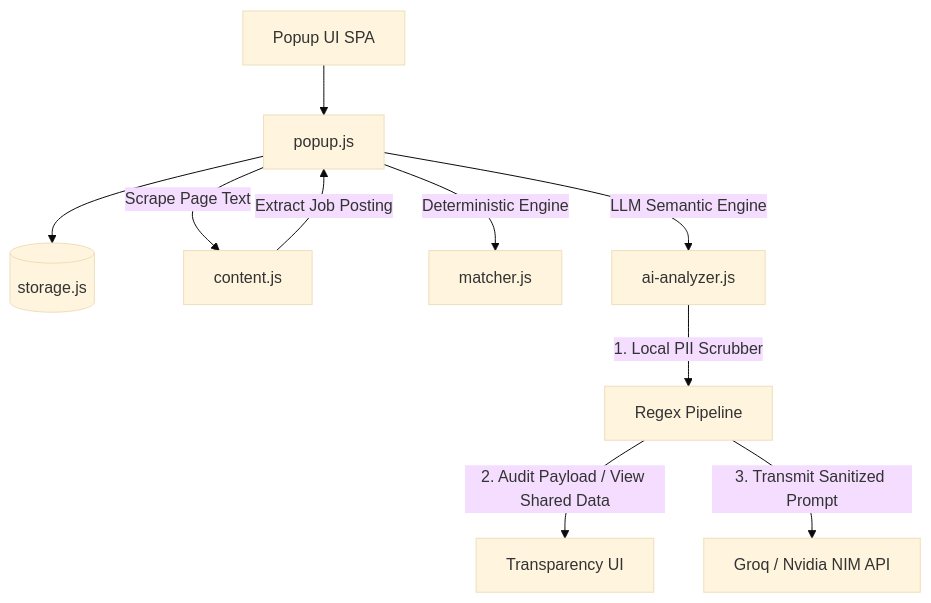
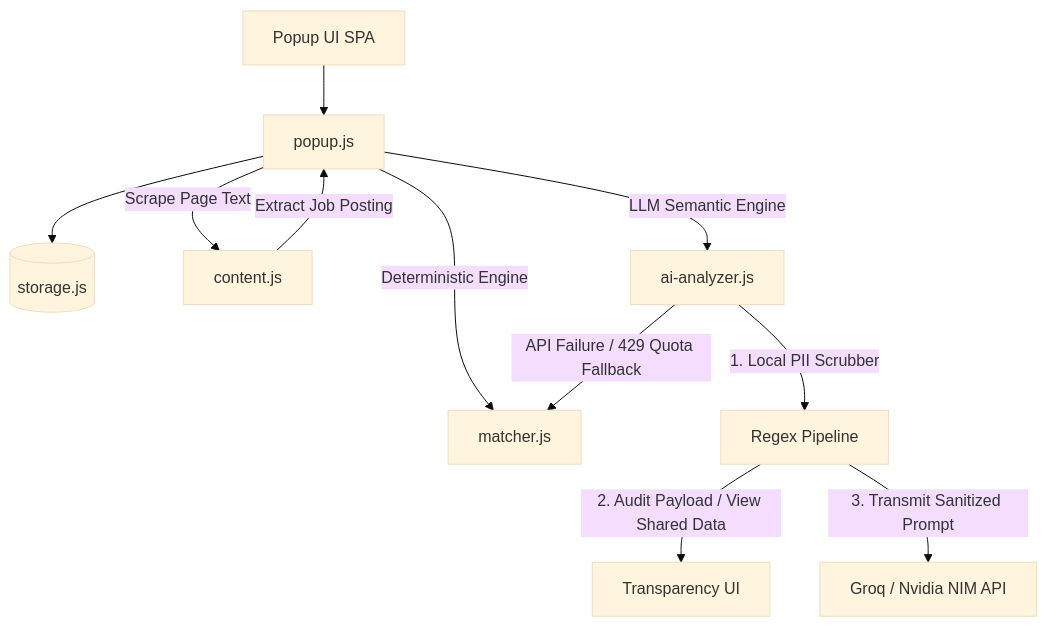
The diagram in README.md (sivaprasathm93/resume-match-score), drawn with Mermaid (base theme) before and after one commit. The commit also changed other lines of this file, not shown here.

Commit message:
Added Dual-Engine Graceful Fallback mechanism to README

````diff
--- a/README.md
+++ b/README.md
@@ -60,15 +65,16 @@
 ```mermaid
 graph TD
     UI[Popup UI SPA] --> Controller[popup.js]
     Controller --> LocalStorage[(storage.js)]
     
     Controller -- "Scrape Page Text" --> ContentScript[content.js]
     ContentScript -- "Extract Job Posting" --> Controller
     
     Controller -- "Deterministic Engine" --> StaticMatcher[matcher.js]
     Controller -- "LLM Semantic Engine" --> AIAnalyzer[ai-analyzer.js]
     
     AIAnalyzer -- "1. Local PII Scrubber" --> Sanitizer[Regex Pipeline]
     Sanitizer -- "2. Audit Payload / View Shared Data" --> AuditModal[Transparency UI]
     Sanitizer -- "3. Transmit Sanitized Prompt" --> LLMAPI[Groq / Nvidia NIM API]
+    AIAnalyzer -- "API Failure / 429 Quota Fallback" --> StaticMatcher
 ```
````
